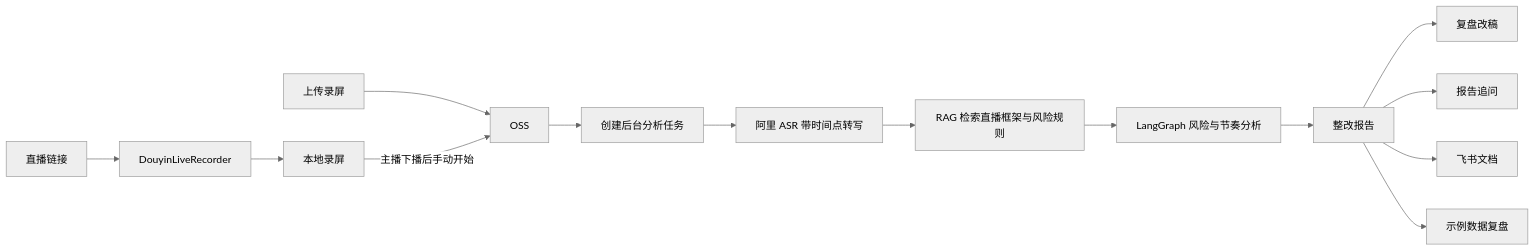
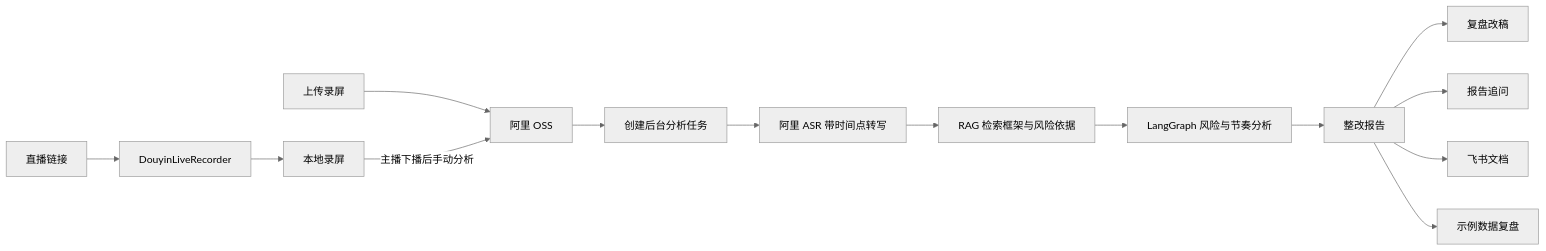
The first of 3 diagrams in README.md (1killermouse/ai-livestream-review), drawn with Mermaid (neutral theme) before and after one commit. The commit also changed other lines of this file and 5 other files, not shown here.

````diff
--- a/README.md
+++ b/README.md
@@ -24,16 +59,16 @@
 ```mermaid
 flowchart LR
   A[直播链接] --> B[DouyinLiveRecorder]
   B --> C[本地录屏]
-  D[上传录屏] --> E[OSS]
-  C -->|主播下播后手动开始| E
-  E --> N[创建后台分析任务]
-  N --> F[阿里 ASR 带时间点转写]
-  F --> G[RAG 检索直播框架与风险规则]
-  G --> H[LangGraph 风险与节奏分析]
-  H --> I[整改报告]
-  I --> J[复盘改稿]
-  I --> K[报告追问]
-  I --> L[飞书文档]
-  I --> M[示例数据复盘]
+  D[上传录屏] --> E[阿里 OSS]
+  C -->|主播下播后手动分析| E
+  E --> F[创建后台分析任务]
+  F --> G[阿里 ASR 带时间点转写]
+  G --> H[RAG 检索框架与风险依据]
+  H --> I[LangGraph 风险与节奏分析]
+  I --> J[整改报告]
+  J --> K[复盘改稿]
+  J --> L[报告追问]
+  J --> M[飞书文档]
+  J --> N[示例数据复盘]
 ```
````
